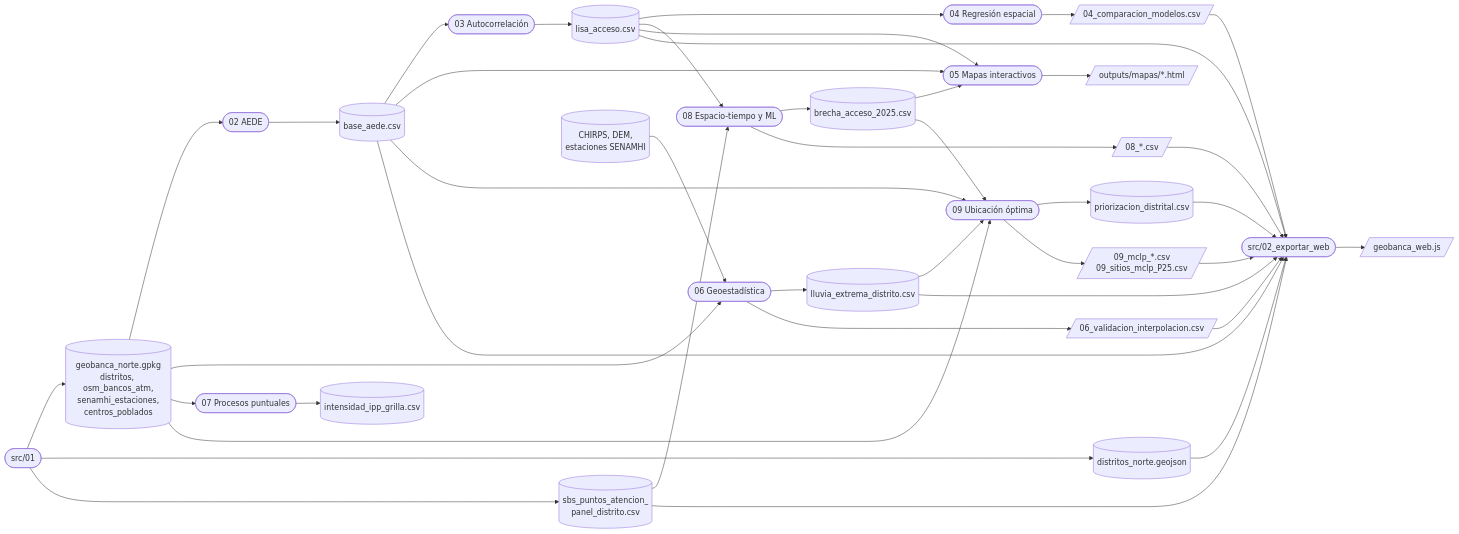
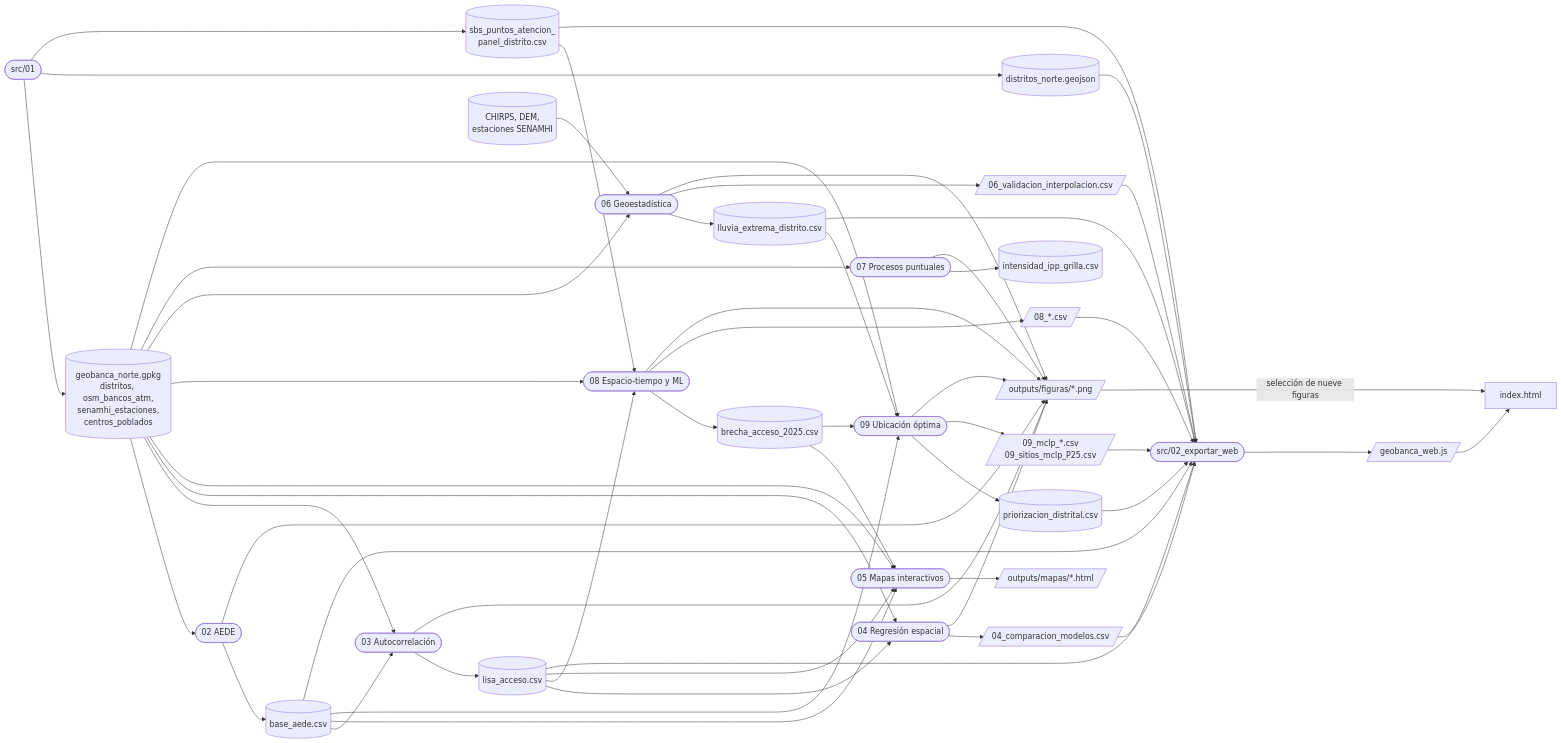
The third of 8 diagrams in README.md (wilder14-eslu/geobanca-norte-peru), drawn with Mermaid before and after one commit. The commit also changed other lines of this file, not shown here.

Commit message:
docs: actualizar README con figuras y reproduccion del proyecto

````diff
--- a/README.md
+++ b/README.md
@@ -240,28 +321,32 @@
 ```mermaid
 flowchart LR
     S01(["src/01"]) --> GPKG[("geobanca_norte.gpkg<br/>distritos, osm_bancos_atm,<br/>senamhi_estaciones,<br/>centros_poblados")]
     S01 --> GEO[("distritos_norte.geojson")]
     S01 --> PAN[("sbs_puntos_atencion_<br/>panel_distrito.csv")]
 
     GPKG --> N02(["02 AEDE"]) --> AEDE[("base_aede.csv")]
+    GPKG --> N03 & N04 & N05 & N08
     AEDE --> N03(["03 Autocorrelación"]) --> LISA[("lisa_acceso.csv")]
     LISA --> N04(["04 Regresión espacial"]) --> T04[/"04_comparacion_modelos.csv"/]
 
     RAWC[("CHIRPS, DEM,<br/>estaciones SENAMHI")] --> N06(["06 Geoestadística"])
     GPKG --> N06 --> LLU[("lluvia_extrema_distrito.csv")]
     N06 --> T06[/"06_validacion_interpolacion.csv"/]
 
     GPKG --> N07(["07 Procesos puntuales"]) --> IPP[("intensidad_ipp_grilla.csv")]
 
     PAN & LISA --> N08(["08 Espacio-tiempo y ML"]) --> BRE[("brecha_acceso_2025.csv")]
     N08 --> T08[/"08_*.csv"/]
 
     AEDE & BRE & LISA --> N05(["05 Mapas interactivos"]) --> HTML[/"outputs/mapas/*.html"/]
 
     AEDE & BRE & LLU --> N09(["09 Ubicación óptima"])
     GPKG --> N09
     N09 --> PRI[("priorizacion_distrital.csv")]
     N09 --> T09[/"09_mclp_*.csv<br/>09_sitios_mclp_P25.csv"/]
 
     GEO & AEDE & LISA & LLU & PRI & PAN & T04 & T06 & T08 & T09 --> S02(["src/02_exportar_web"]) --> WEBJS[/"geobanca_web.js"/]
+    N02 & N03 & N04 & N06 & N07 & N08 & N09 --> PNG[/"outputs/figuras/*.png"/]
+    WEBJS --> POSTER["index.html"]
+    PNG -->|selección de nueve figuras| POSTER
 ```
````
